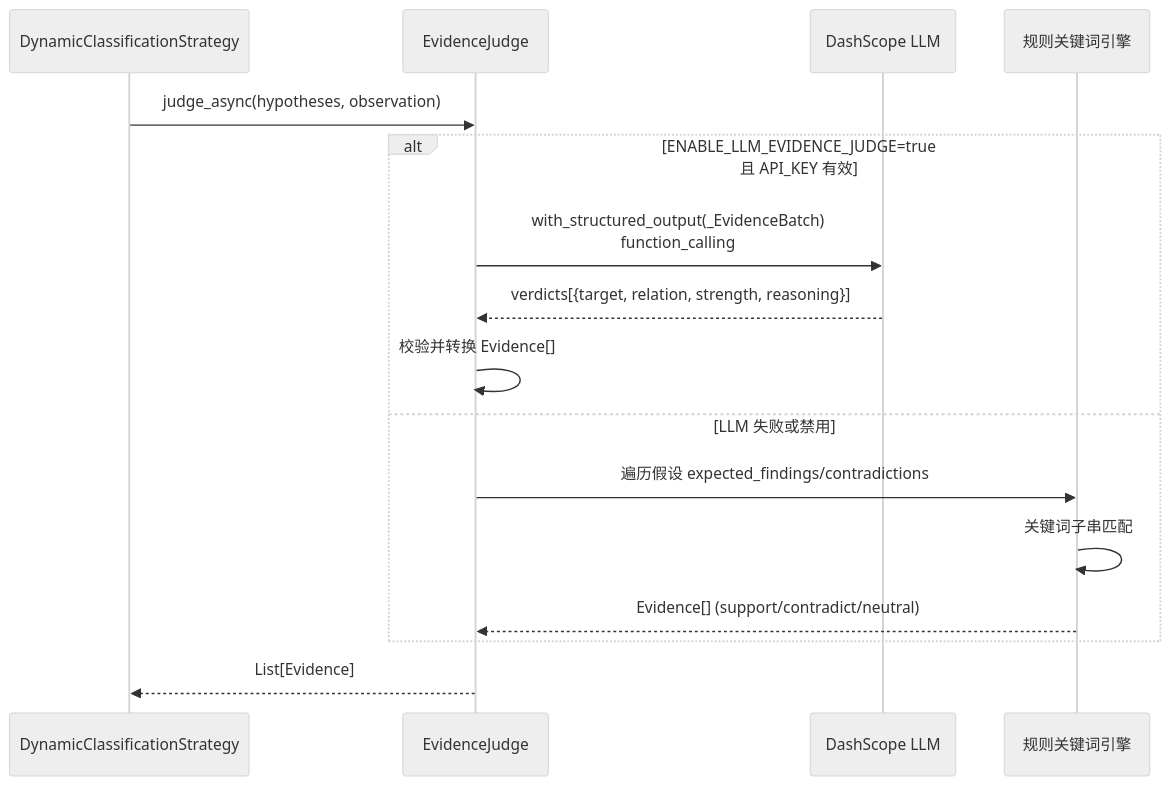
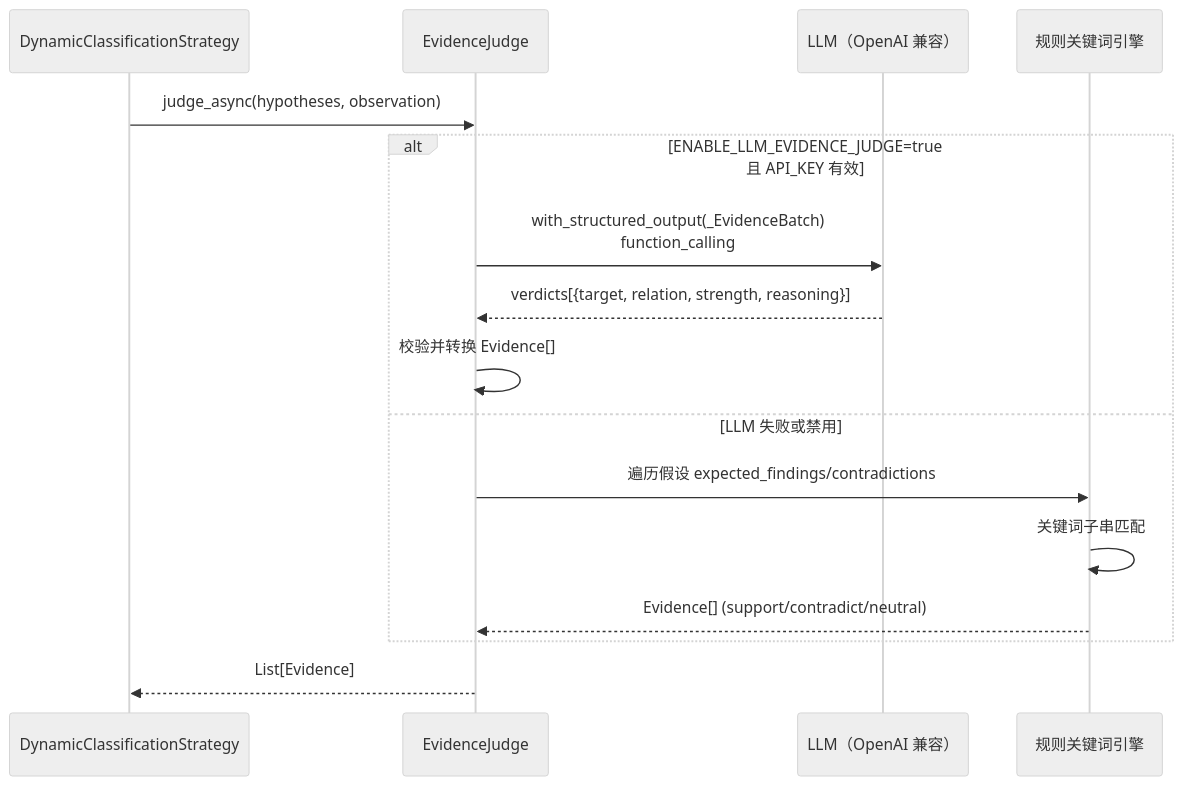
The fourth of 8 diagrams in docs/architecture.md (m-oonn/rag-aiops-platform), drawn with Mermaid (neutral theme) before and after one commit. The commit also changed other lines of this file and 63 other files, not shown here.

````diff
--- a/docs/architecture.md
+++ b/docs/architecture.md
@@ -242,21 +248,21 @@
 ```mermaid
 sequenceDiagram
     participant DS as DynamicClassificationStrategy
     participant EJ as EvidenceJudge
-    participant LLM as DashScope LLM
+    participant LLM as LLM（OpenAI 兼容）
     participant Rule as 规则关键词引擎
 
     DS->>EJ: judge_async(hypotheses, observation)
 
     alt ENABLE_LLM_EVIDENCE_JUDGE=true<br/>且 API_KEY 有效
         EJ->>LLM: with_structured_output(_EvidenceBatch)<br/>function_calling
         LLM-->>EJ: verdicts[{target, relation, strength, reasoning}]
         EJ->>EJ: 校验并转换 Evidence[]
     else LLM 失败或禁用
         EJ->>Rule: 遍历假设 expected_findings/contradictions
         Rule->>Rule: 关键词子串匹配
         Rule-->>EJ: Evidence[] (support/contradict/neutral)
     end
 
     EJ-->>DS: List[Evidence]
 ```
````
